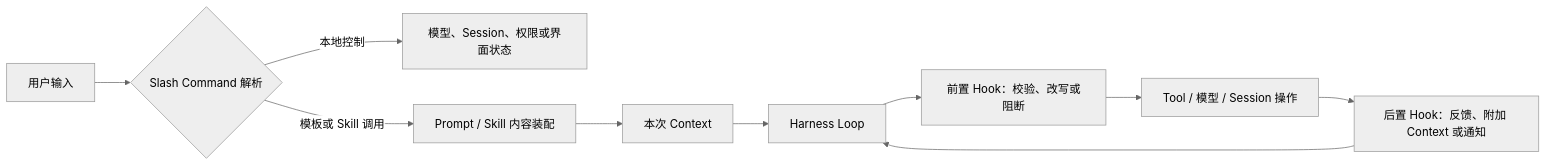
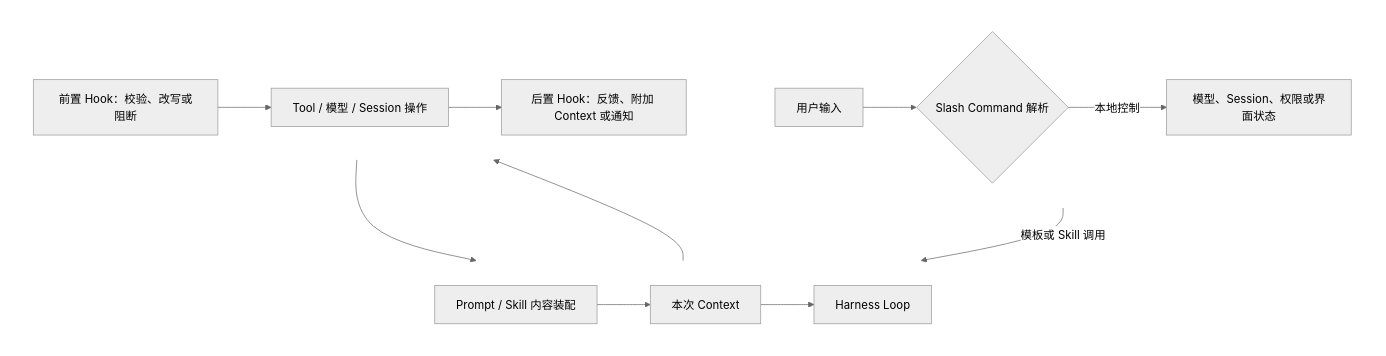
One commit to specialpointcentral/harness changed the diagram in docs/harness-survey/11_skills_prompts_commands_and_hooks.md. Above: the diagram before and after it, drawn with Mermaid (neutral theme). The commit also changed 18 other files, not shown here.

First line of the commit message:
docs: improve diagram layouts and tidy supporting files

````diff
--- a/docs/harness-survey/11_skills_prompts_commands_and_hooks.md
+++ b/docs/harness-survey/11_skills_prompts_commands_and_hooks.md
@@ -26,12 +26,25 @@
 ```mermaid
-flowchart LR
-  U[用户输入] --> C{Slash Command 解析}
-  C -->|本地控制| S[模型、Session、权限或界面状态]
-  C -->|模板或 Skill 调用| P[Prompt / Skill 内容装配]
-  P --> X[本次 Context]
-  X --> L[Harness Loop]
-  L --> H1[前置 Hook：校验、改写或阻断]
-  H1 --> T[Tool / 模型 / Session 操作]
-  T --> H2[后置 Hook：反馈、附加 Context 或通知]
+flowchart TB
+  subgraph R1[" "]
+    direction LR
+    U[用户输入] --> C{Slash Command 解析}
+    C -->|本地控制| S[模型、Session、权限或界面状态]
+  end
+  subgraph R2[" "]
+    direction LR
+    P[Prompt / Skill 内容装配] --> X[本次 Context] --> L[Harness Loop]
+  end
+  subgraph R3[" "]
+    direction LR
+    H1[前置 Hook：校验、改写或阻断]
+    T[Tool / 模型 / Session 操作]
+    H2[后置 Hook：反馈、附加 Context 或通知]
+    H1 --> T --> H2
+  end
+  C -->|模板或 Skill 调用| P
+  L --> H1
   H2 --> L
+  style R1 fill:none,stroke:none
+  style R2 fill:none,stroke:none
+  style R3 fill:none,stroke:none
 ```
````
